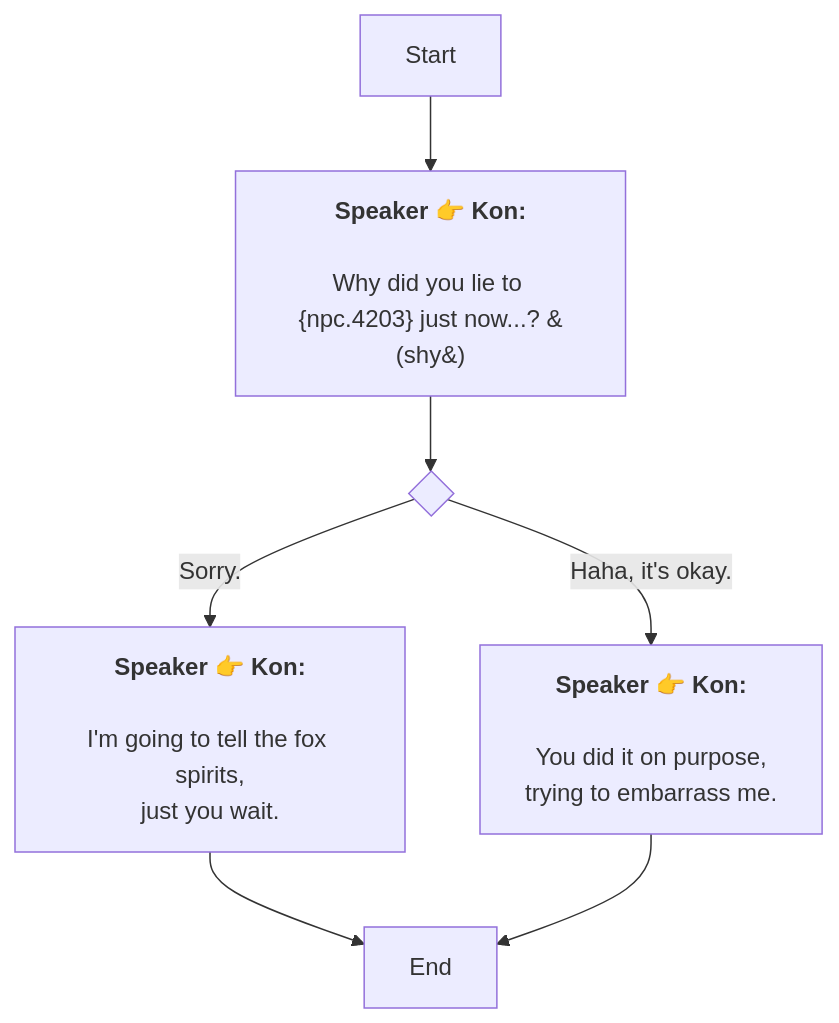
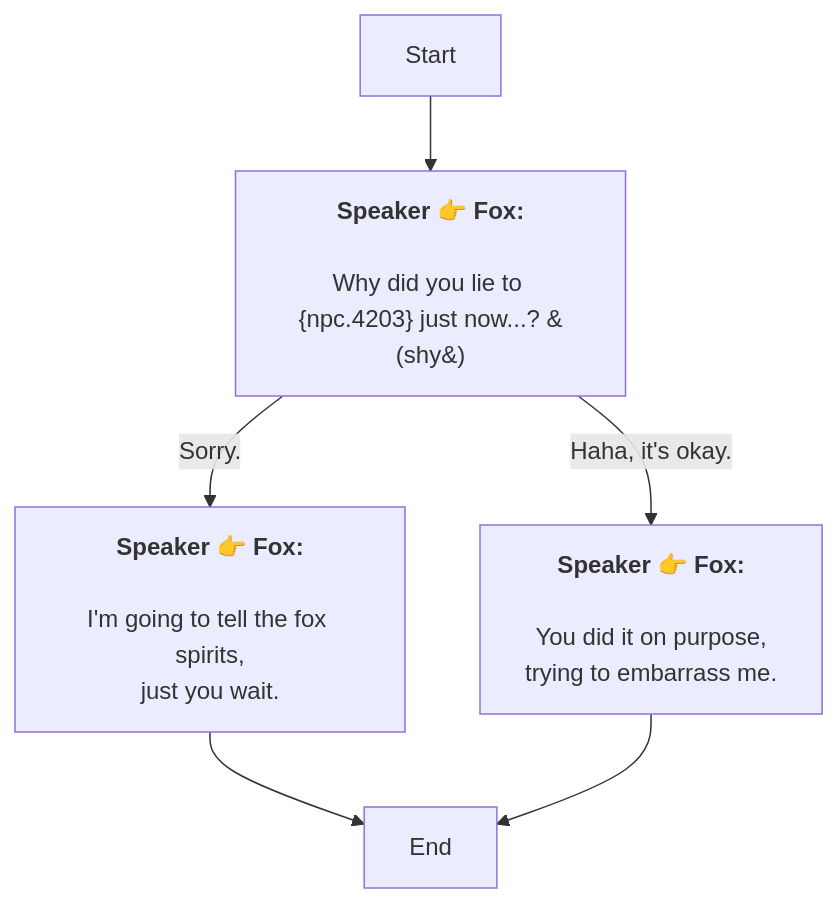
One commit to SoftHu/tos_avg changed the diagram in En/AddDialogNode_1738388995766433.md. Above: the diagram before and after it, drawn with Mermaid. The commit also changed 737 other files, not shown here.

````diff
--- a/En/AddDialogNode_1738388995766433.md
+++ b/En/AddDialogNode_1738388995766433.md
@@ -1,18 +1,14 @@
 ```mermaid
 graph
-Start -->1738389069333669[<b>Speaker 👉 Kon:</b>
-
-Why did you lie to &lbrace;npc.4203&rbrace; just now...? &#40;shy&#41;]
-1738389069333669 -->1738389091938470{ }
-1738389091938470 -->|Sorry.|1738389107006635[<b>Speaker 👉 Kon:</b>
-
-I'm going to tell the fox spirits,
+Start -->1738389069333669[<b>Speaker 👉 Fox:</b>
+\nWhy did you lie to &lbrace;npc.4203&rbrace; just now...? &#40;shy&#41;]
+1738389069333669 -->|Sorry.|1738389107006635[<b>Speaker 👉 Fox:</b>
+\nI'm going to tell the fox spirits,
 just you wait.]
-1738389091938470 -->|Haha, it's okay.|1738389128893612[<b>Speaker 👉 Kon:</b>
-
-You did it on purpose,
+1738389069333669 -->|Haha, it's okay.|1738389128893612[<b>Speaker 👉 Fox:</b>
+\nYou did it on purpose,
 trying to embarrass me.]
 1738389107006635 -->1738389147759789[End]
 1738389128893612 -->1738389147759789[End]
 
- ```
+```
````
